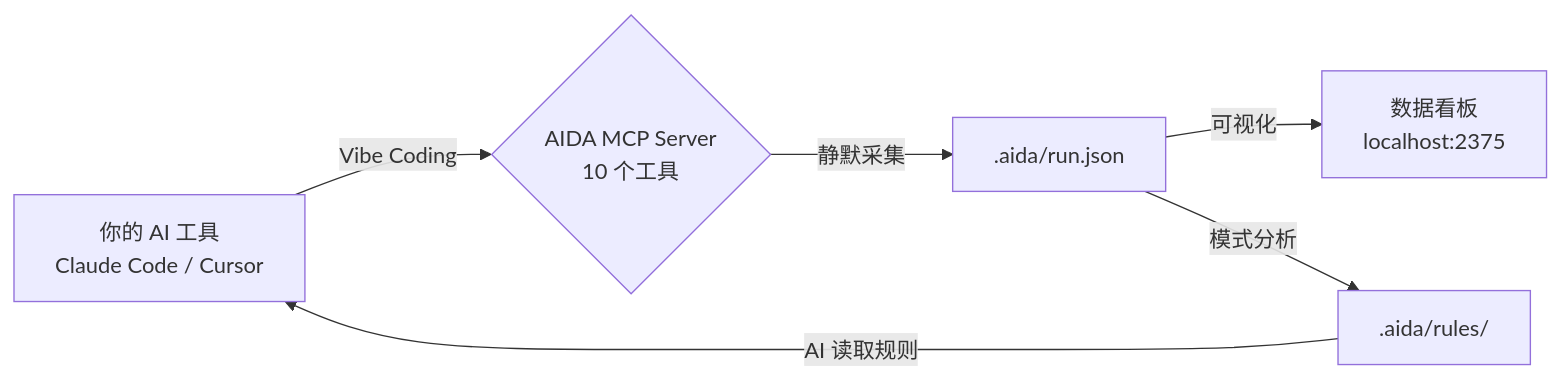
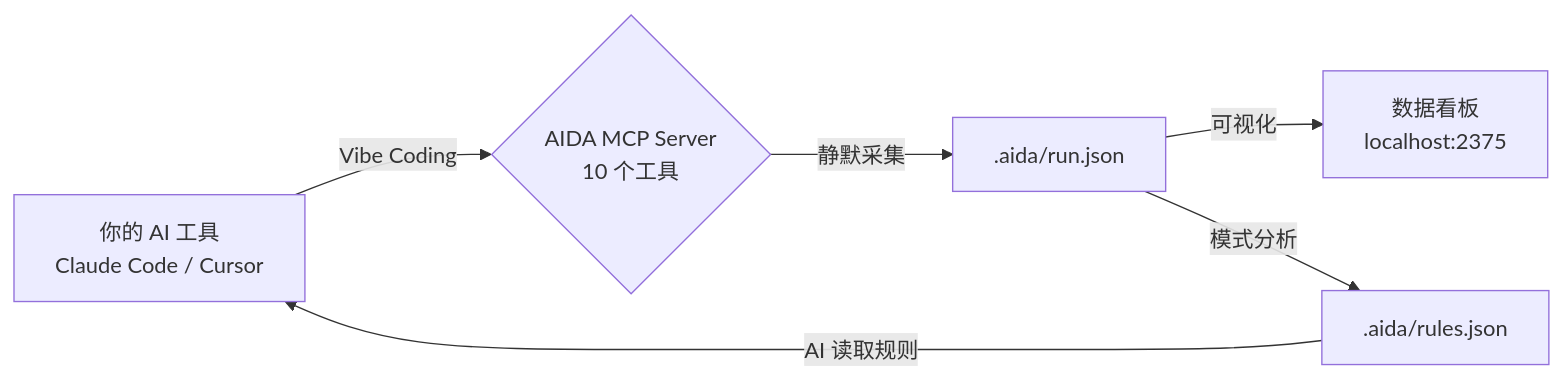
One commit to LWTlong/aida changed the diagram in README.zh-CN.md. Above: the diagram before and after it, drawn with Mermaid. The commit also changed other lines of this file and 49 other files, not shown here.

Commit message:
feat: add memory runtime and legacy migration flow

````diff
--- a/README.zh-CN.md
+++ b/README.zh-CN.md
@@ -265,8 +265,8 @@
 ```mermaid
 flowchart LR
     A["你的 AI 工具\nClaude Code / Cursor"] -->|Vibe Coding| B{"AIDA MCP Server\n10 个工具"}
     B -->|静默采集| C[".aida/run.json"]
     C -->|可视化| D["数据看板\nlocalhost:2375"]
-    C -->|模式分析| E[".aida/rules/"]
+    C -->|模式分析| E[".aida/rules.json"]
     E -->|AI 读取规则| A
 ```
````
